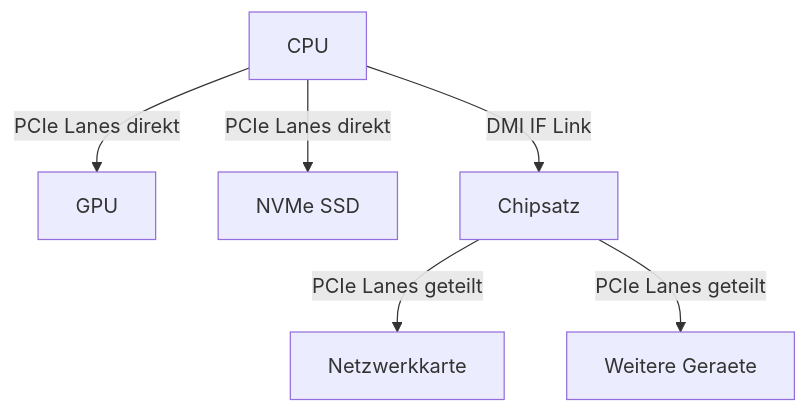
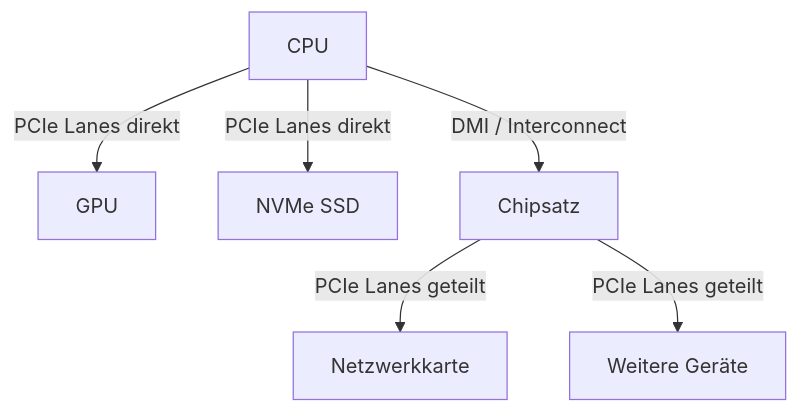
One commit to seanconroy-dev/FIAE_Umschulung_Notes changed the diagram in ST/WED/12-01-2026_ST_WED.md. Above: the diagram before and after it, drawn with Mermaid. The commit also changed other lines of this file, not shown here.

First line of the commit message:
Revise PCIe lecture notes metadata and content

````diff
--- a/ST/WED/12-01-2026_ST_WED.md
+++ b/ST/WED/12-01-2026_ST_WED.md
@@ -87,9 +211,8 @@
 ```mermaid
 graph TD
     A[CPU] -->|PCIe Lanes direkt| C[GPU]
-    A[CPU] -->|PCIe Lanes direkt| D[NVMe SSD]
-    A[CPU] -->|DMI IF Link| B[Chipsatz]
+    A -->|PCIe Lanes direkt| D[NVMe SSD]
+    A -->|DMI / Interconnect| B[Chipsatz]
     B -->|PCIe Lanes geteilt| E[Netzwerkkarte]
-    B -->|PCIe Lanes geteilt| F[Weitere Geraete]
-
+    B -->|PCIe Lanes geteilt| F[Weitere Geräte]
 ```
````
